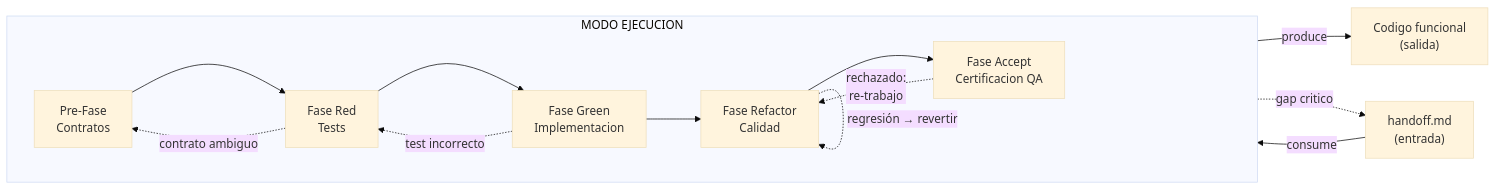
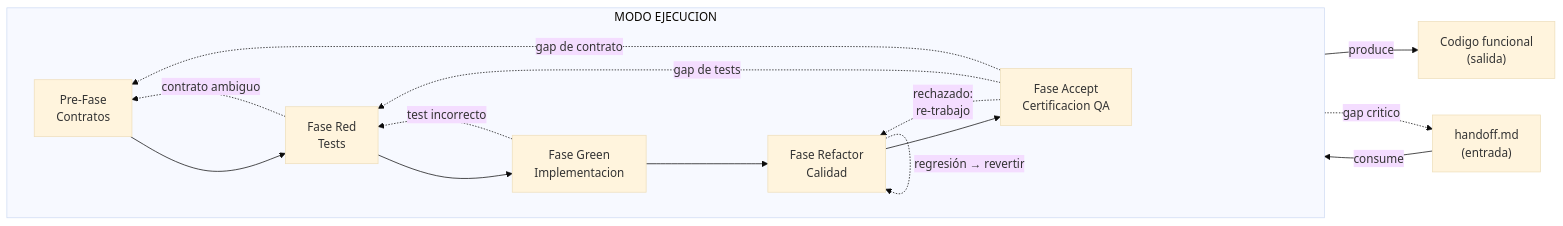
The first of 6 diagrams in docs/execution/README.md (virgenherrera/idea-to-mvp), drawn with Mermaid (base theme) before and after one commit. The commit also changed other lines of this file and 11 other files, not shown here.

````diff
--- a/docs/execution/README.md
+++ b/docs/execution/README.md
@@ -28,25 +28,27 @@
 ```mermaid
 flowchart LR
     HANDOFF["handoff.md\n(entrada)"]
 
     subgraph EXEC["MODO EJECUCION"]
         direction LR
         C["Pre-Fase\nContratos"]
         R["Fase Red\nTests"]
         G["Fase Green\nImplementacion"]
         RF["Fase Refactor\nCalidad"]
         A["Fase Accept\nCertificacion QA"]
         C --> R --> G --> RF --> A
     end
 
     CODE["Codigo funcional\n(salida)"]
 
     HANDOFF -->|"consume"| C
     A -->|"produce"| CODE
 
     A -.->|"rechazado:\nre-trabajo"| RF
+    A -.->|"gap de tests"| R
+    A -.->|"gap de contrato"| C
     RF -.->|"regresión → revertir"| RF
     G -.->|"test incorrecto"| R
     R -.->|"contrato ambiguo"| C
     C -.->|"gap critico"| HANDOFF
 ```
````
